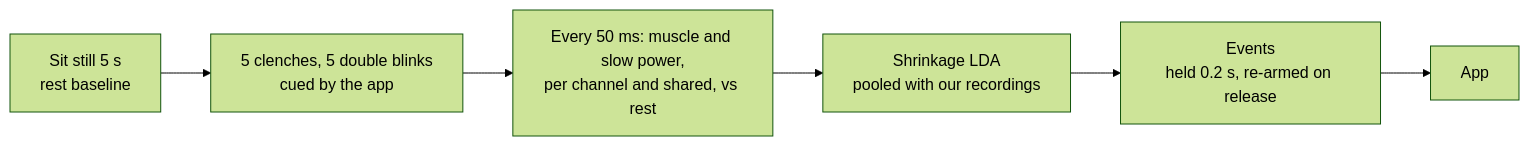
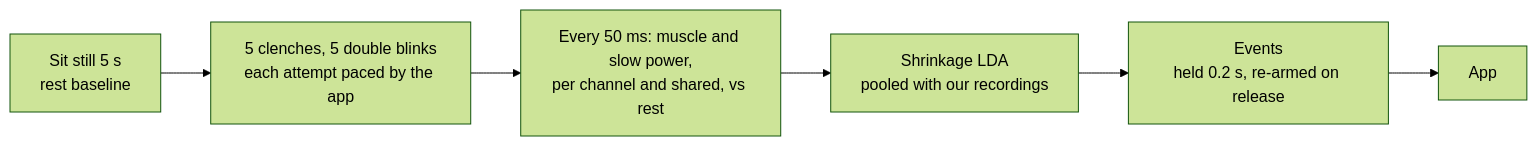
The third of 3 diagrams in README.md (RehanMohammed985/Kinesis), drawn with Mermaid (forest theme) before and after one commit. The commit also changed other lines of this file and 19 other files, not shown here.

````diff
--- a/README.md
+++ b/README.md
@@ -103,8 +104,8 @@
 ```mermaid
 flowchart LR
-    R["Sit still 5 s<br/>rest baseline"] --> Q["5 clenches, 5 double blinks<br/>cued by the app"]
+    R["Sit still 5 s<br/>rest baseline"] --> Q["5 clenches, 5 double blinks<br/>each attempt paced by the app"]
     Q --> FE["Every 50 ms: muscle and slow power,<br/>per channel and shared, vs rest"]
     FE --> L["Shrinkage LDA<br/>pooled with our recordings"]
     L --> E["Events<br/>held 0.2 s, re-armed on release"]
     E --> APP2[App]
 ```
````
